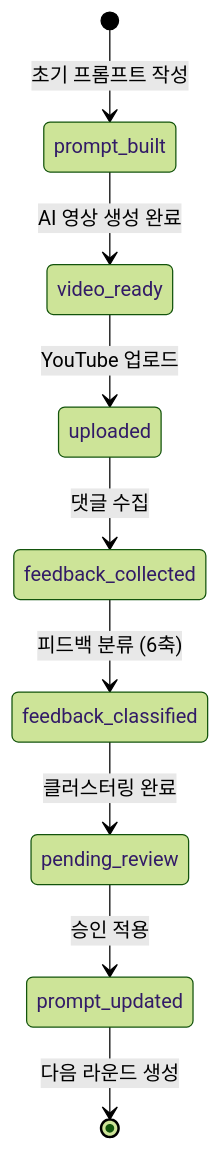
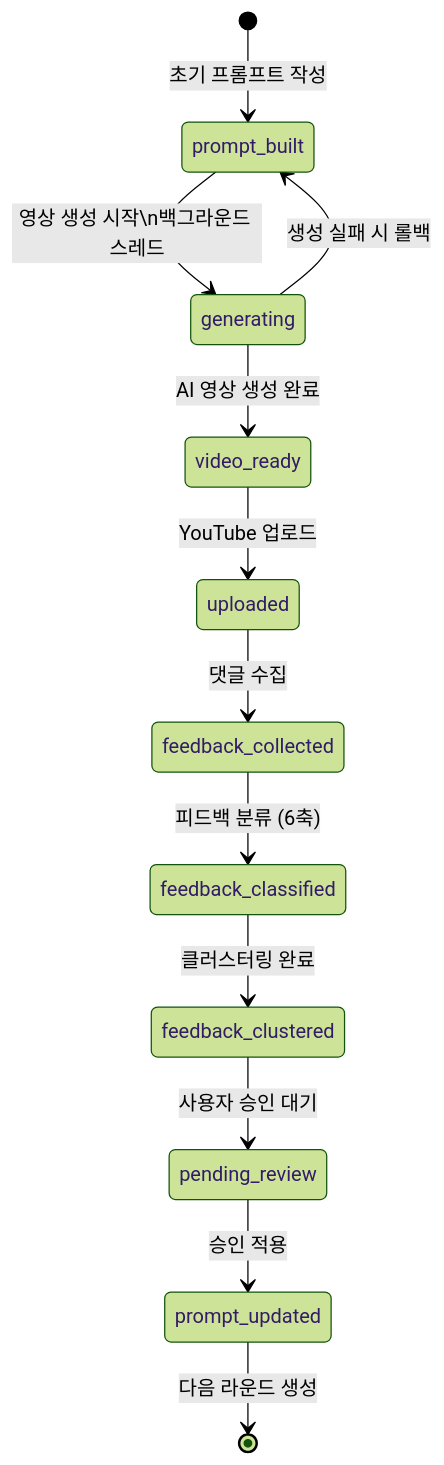
One commit to Userlsj-project/VideoLabs changed the third of 14 diagrams in PRESENTATION.md. Above: the diagram before and after it, drawn with Mermaid (forest theme). The commit also changed other lines of this file, not shown here.

````diff
--- a/PRESENTATION.md
+++ b/PRESENTATION.md
@@ -36,11 +133,14 @@
 ```mermaid
 stateDiagram-v2
     [*] --> prompt_built : 초기 프롬프트 작성
-    prompt_built --> video_ready : AI 영상 생성 완료
+    prompt_built --> generating : 영상 생성 시작\n백그라운드 스레드
+    generating --> video_ready : AI 영상 생성 완료
+    generating --> prompt_built : 생성 실패 시 롤백
     video_ready --> uploaded : YouTube 업로드
     uploaded --> feedback_collected : 댓글 수집
     feedback_collected --> feedback_classified : 피드백 분류 (6축)
-    feedback_classified --> pending_review : 클러스터링 완료
+    feedback_classified --> feedback_clustered : 클러스터링 완료
+    feedback_clustered --> pending_review : 사용자 승인 대기
     pending_review --> prompt_updated : 승인 적용
     prompt_updated --> [*] : 다음 라운드 생성
 ```
````
